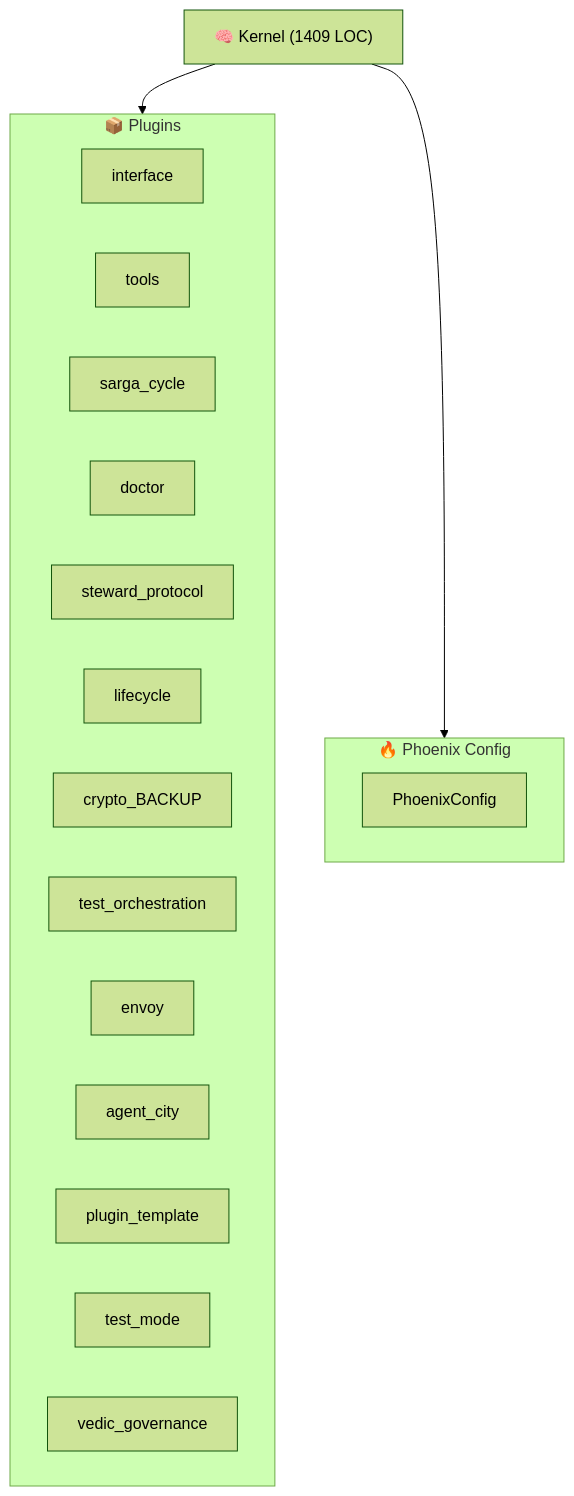
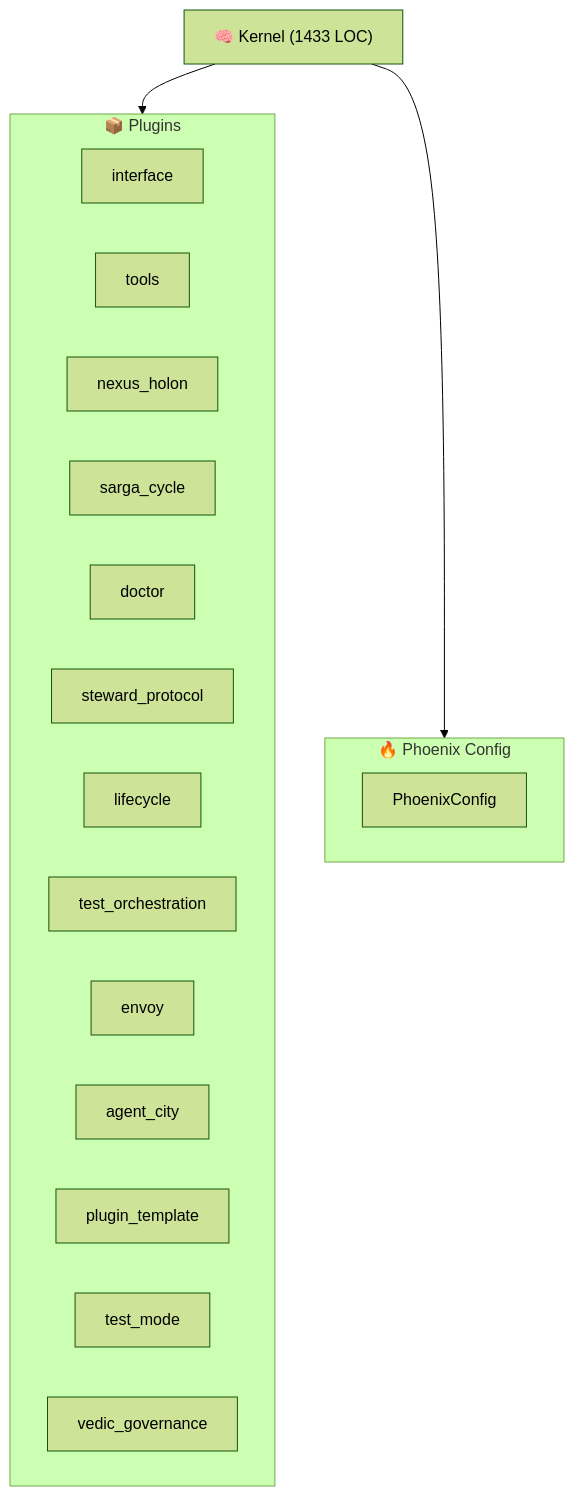
Before and after one commit to kimeisele/steward-protocol: the diagram in ARCHITECTURE.md, drawn with Mermaid (forest theme). The commit also changed other lines of this file and 14 other files, not shown here.

````diff
--- a/ARCHITECTURE.md
+++ b/ARCHITECTURE.md
@@ -8,24 +8,24 @@
 ```mermaid
 graph TB
-    K["🧠 Kernel (1409 LOC)"]
+    K["🧠 Kernel (1433 LOC)"]
     subgraph Plugins["📦 Plugins"]
         P_interface["interface"]
         P_tools["tools"]
+        P_nexus_holon["nexus_holon"]
         P_sarga_cycle["sarga_cycle"]
         P_doctor["doctor"]
         P_steward_protocol["steward_protocol"]
         P_lifecycle["lifecycle"]
-        P_crypto_BACKUP["crypto_BACKUP"]
         P_test_orchestration["test_orchestration"]
         P_envoy["envoy"]
         P_agent_city["agent_city"]
         P_plugin_template["plugin_template"]
         P_test_mode["test_mode"]
         P_vedic_governance["vedic_governance"]
     end
     K --> Plugins
     subgraph Config["🔥 Phoenix Config"]
         PC[PhoenixConfig]
     end
     K --> Config
 ```
````
